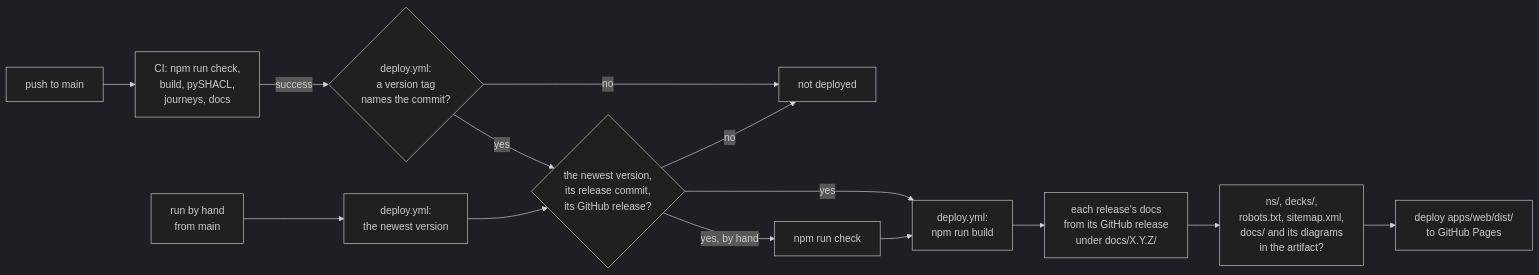
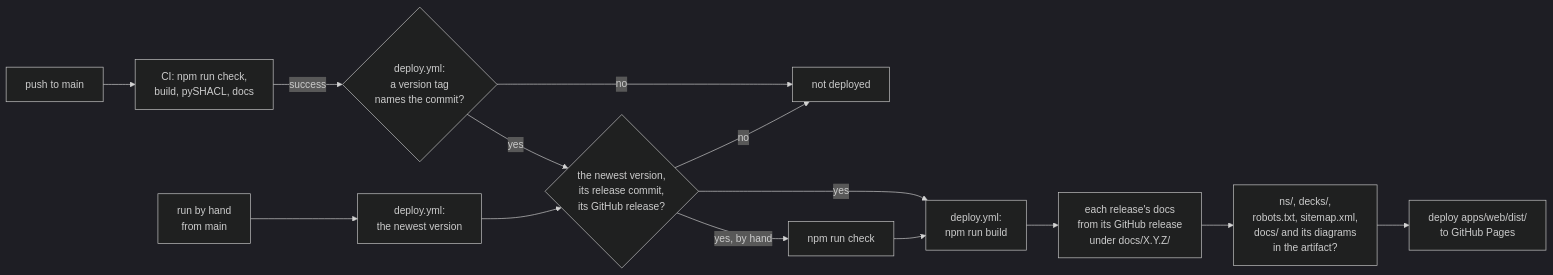
Before and after one commit to solid-memo/website: the diagram in docs/deployment.md, drawn with Mermaid (dark theme). The commit also changed 5 other files, not shown here.

````diff
--- a/docs/deployment.md
+++ b/docs/deployment.md
@@ -17,12 +17,12 @@
 ```mermaid
 flowchart LR
     accTitle: When a version is deployed
     accDescr: A push to main, or a run by hand, deploys only the newest version, from its release commit and with its GitHub release, after the build, each release's docs and the guard.
-    push["push to main"] --> ci["CI: npm run check,<br/>build, pySHACL,<br/>journeys, docs"] -->|success| tag{"deploy.yml:<br/>a version tag<br/>names the commit?"}
+    push["push to main"] --> ci["CI: npm run check,<br/>build, pySHACL, docs"] -->|success| tag{"deploy.yml:<br/>a version tag<br/>names the commit?"}
     tag -->|no| skip["not deployed"]
     tag -->|yes| release{"the newest version,<br/>its release commit,<br/>its GitHub release?"}
     release -->|no| skip
     release -->|yes| build["deploy.yml:<br/>npm run build"] --> versions["each release's docs<br/>from its GitHub release<br/>under docs/X.Y.Z/"] --> guard["ns/, decks/,<br/>robots.txt, sitemap.xml,<br/>docs/ and its diagrams<br/>in the artifact?"] --> pages["deploy apps/web/dist/<br/>to GitHub Pages"]
     hand["run by hand<br/>from main"] --> newest["deploy.yml:<br/>the newest version"] --> release
     release -->|"yes, by hand"| check["npm run check"] --> build
 ```
````
